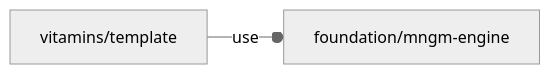
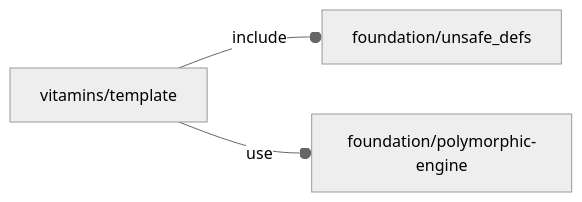
One commit to ggabbiani/OFL changed the diagram in orthodocs/vitamins/template.md. Above: the diagram before and after it, drawn with Mermaid (neutral theme). The commit also changed other lines of this file and 12 other files, not shown here.

````diff
--- a/orthodocs/vitamins/template.md
+++ b/orthodocs/vitamins/template.md
@@ -5,4 +5,5 @@
 ```mermaid
 graph LR
-    A1[vitamins/template] --o|use| A2[foundation/mngm-engine]
+    A1[vitamins/template] --o|include| A2[foundation/unsafe_defs]
+    A1 --o|use| A3[foundation/polymorphic-engine]
 ```
````
